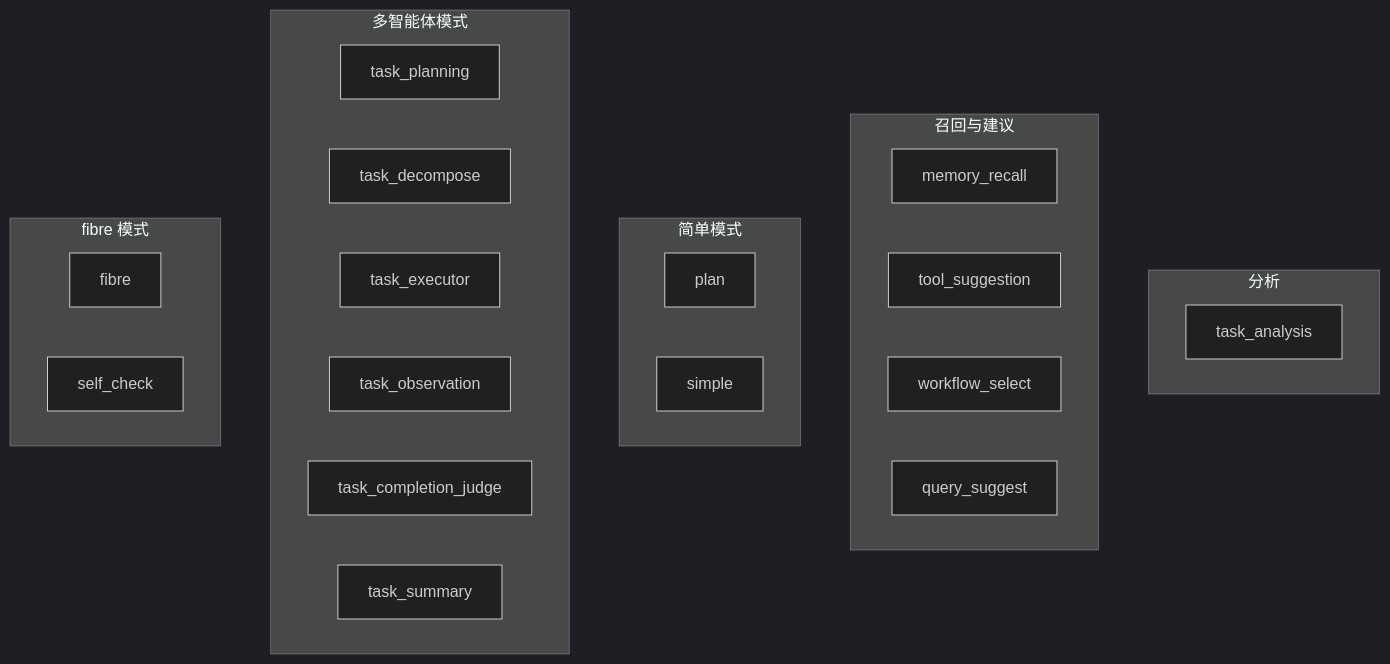
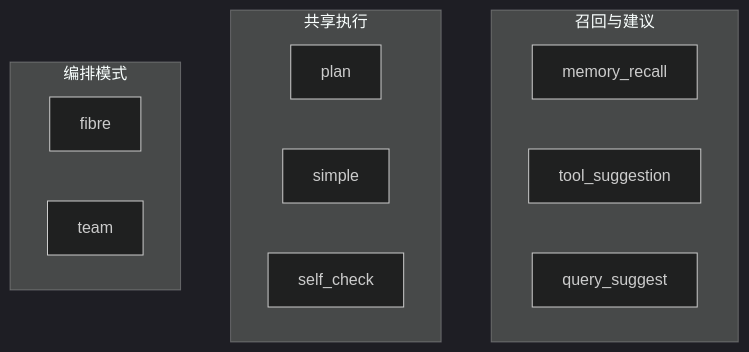
Before and after one commit to ZHangZHengEric/Sage: the second of 9 diagrams in docs/zh/architecture/ARCHITECTURE_SAGENTS_AGENT_FLOW.md, drawn with Mermaid (dark theme). The commit also changed other lines of this file and 141 other files, not shown here.

````diff
--- a/docs/zh/architecture/ARCHITECTURE_SAGENTS_AGENT_FLOW.md
+++ b/docs/zh/architecture/ARCHITECTURE_SAGENTS_AGENT_FLOW.md
@@ -38,32 +38,19 @@
 ```mermaid
 flowchart TB
-    subgraph 分析
-        Analysis[task_analysis]
-    end
-
     subgraph 召回与建议
         Recall[memory_recall]
         ToolSug[tool_suggestion]
-        WfSel[workflow_select]
         QSug[query_suggest]
     end
 
-    subgraph 简单模式
+    subgraph 共享执行
         Plan[plan]
         Simple[simple]
+        SelfCheck[self_check]
     end
 
-    subgraph 多智能体模式
-        TPlan[task_planning]
-        TDecomp[task_decompose]
-        TExec[task_executor]
-        TObs[task_observation]
-        TJudge[task_completion_judge]
-        TSum[task_summary]
-    end
-
-    subgraph fibre 模式
+    subgraph 编排模式
         Fibre[fibre]
-        SelfCheck[self_check]
+        Team[team]
     end
 ```
````
